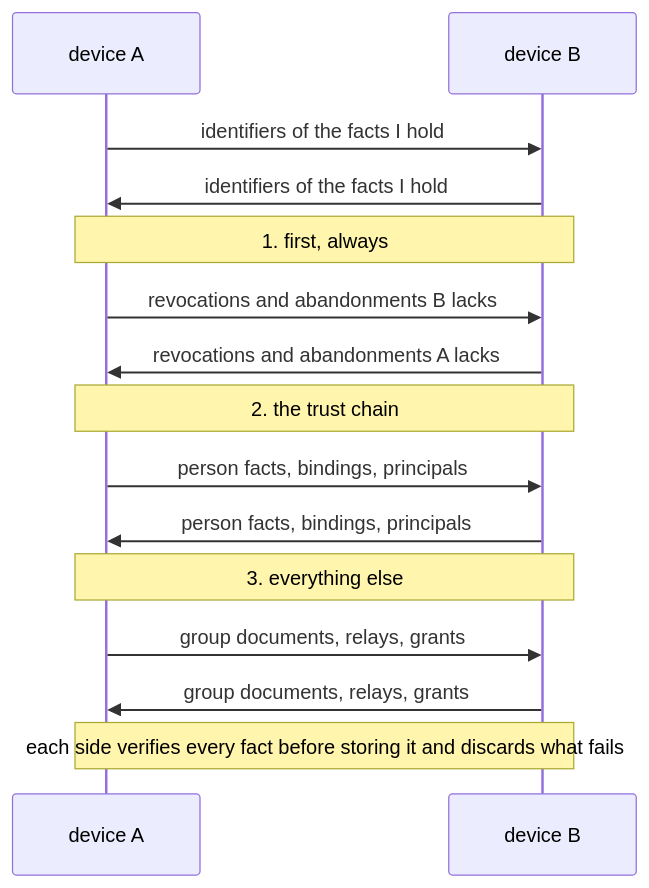
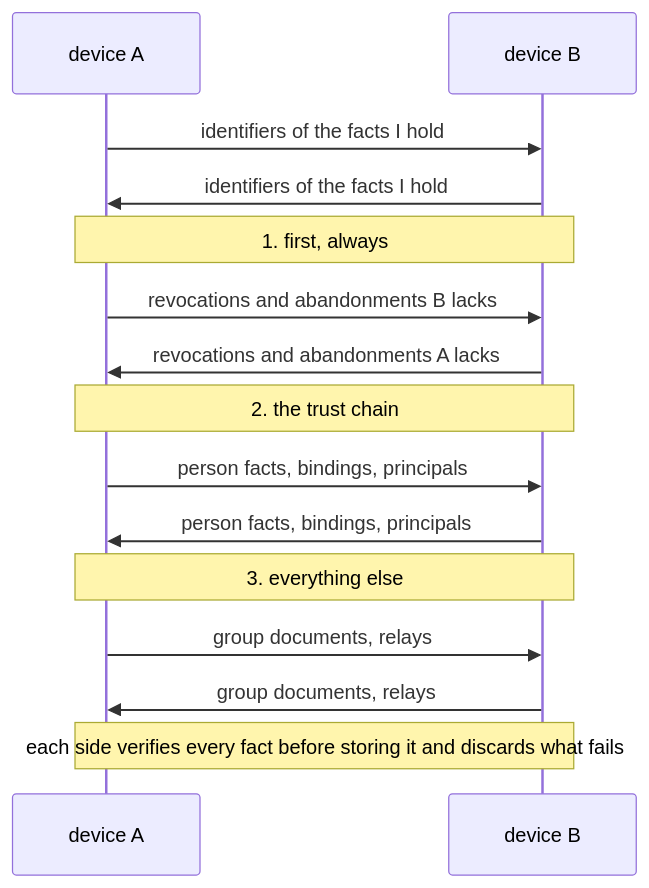
Before and after one commit to garth/ligature-protocol: the diagram in docs/spec/06-state-sync.md, drawn with Mermaid. The commit also changed other lines of this file and 26 other files, not shown here.

First line of the commit message:
LP-131 Documentation consistency: CLAUDE.md, the README, the Android README, the spec's stale lines, the capability schema's draft marker, ADR links and supersession notes, crate docs, the changelog's ticket keys and the dependency groups

````diff
--- a/docs/spec/06-state-sync.md
+++ b/docs/spec/06-state-sync.md
@@ -78,17 +77,17 @@
 ```mermaid
 sequenceDiagram
     participant A as device A
     participant B as device B
     A->>B: identifiers of the facts I hold
     B->>A: identifiers of the facts I hold
     Note over A,B: 1. first, always
     A->>B: revocations and abandonments B lacks
     B->>A: revocations and abandonments A lacks
     Note over A,B: 2. the trust chain
     A->>B: person facts, bindings, principals
     B->>A: person facts, bindings, principals
     Note over A,B: 3. everything else
-    A->>B: group documents, relays, grants
-    B->>A: group documents, relays, grants
+    A->>B: group documents, relays
+    B->>A: group documents, relays
     Note over A,B: each side verifies every fact before storing it and discards what fails
 ```
````
